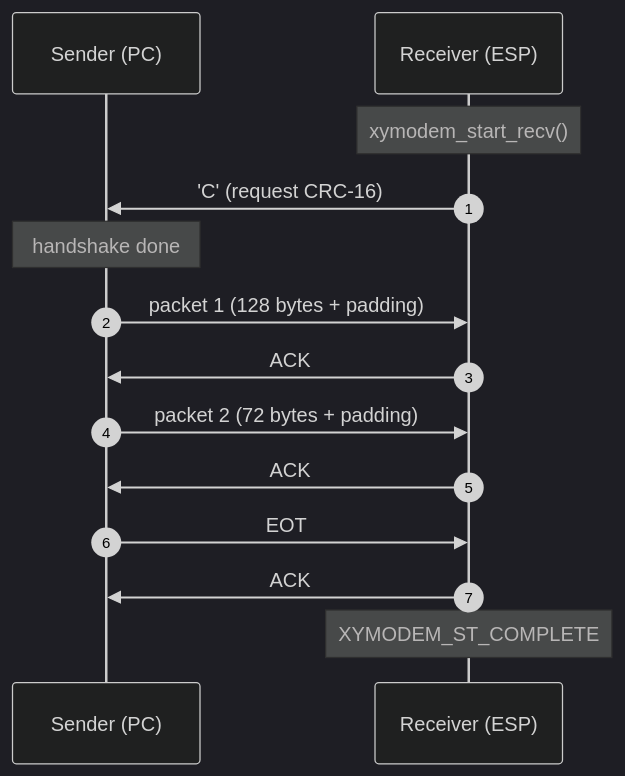
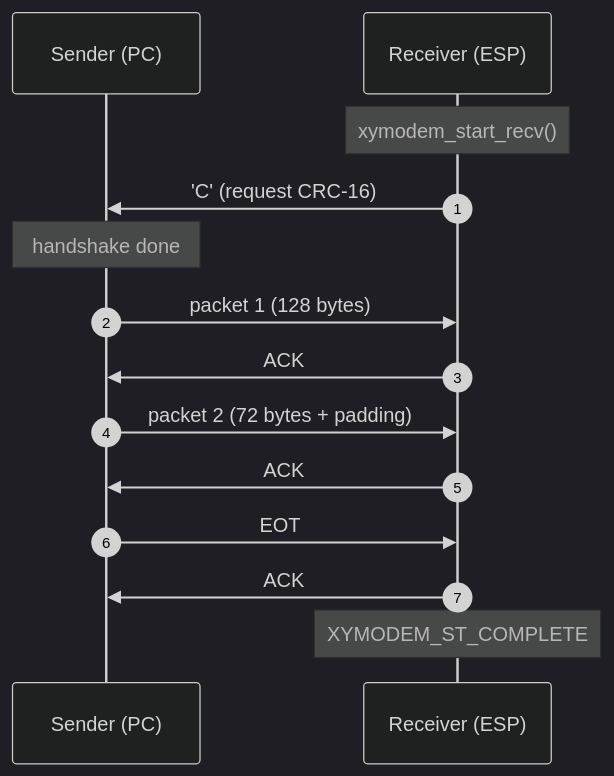
One commit to suda-morris/idf-extra-components changed the first of 3 diagrams in xymodem/docs/src/xmodem.md. Above: the diagram before and after it, drawn with Mermaid (dark theme). The commit also changed other lines of this file and 2 other files, not shown here.

````diff
--- a/xymodem/docs/src/xmodem.md
+++ b/xymodem/docs/src/xmodem.md
@@ -25,16 +25,16 @@
 ```mermaid
 sequenceDiagram
     autonumber
     participant PC as Sender (PC)
     participant ESP as Receiver (ESP)
     Note over ESP: xymodem_start_recv()
     ESP->>PC: 'C' (request CRC-16)
     Note over PC: handshake done
-    PC->>ESP: packet 1 (128 bytes + padding)
+    PC->>ESP: packet 1 (128 bytes)
     ESP->>PC: ACK
     PC->>ESP: packet 2 (72 bytes + padding)
     ESP->>PC: ACK
     PC->>ESP: EOT
     ESP->>PC: ACK
     Note over ESP: XYMODEM_ST_COMPLETE
 ```
````
